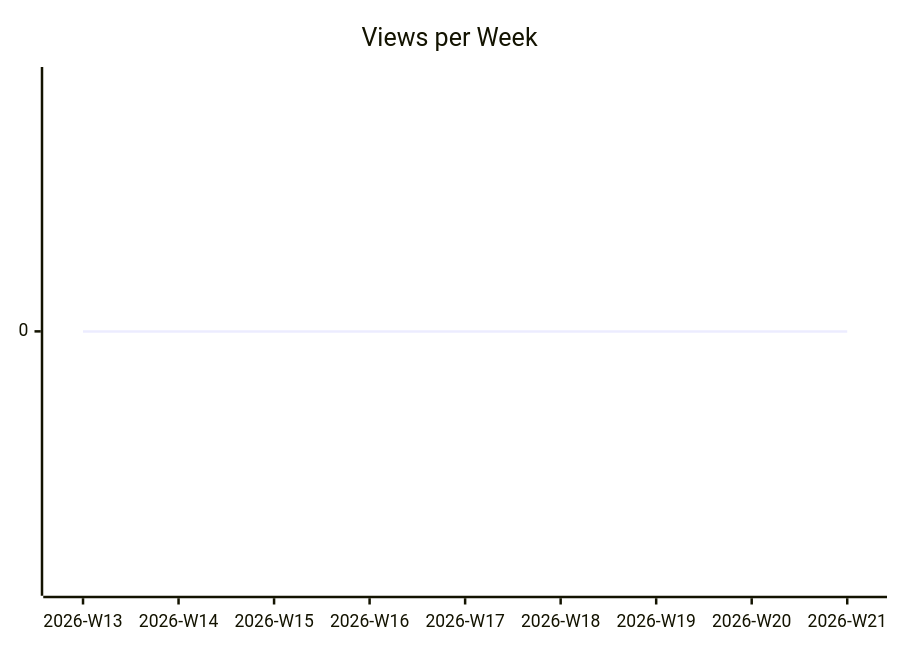
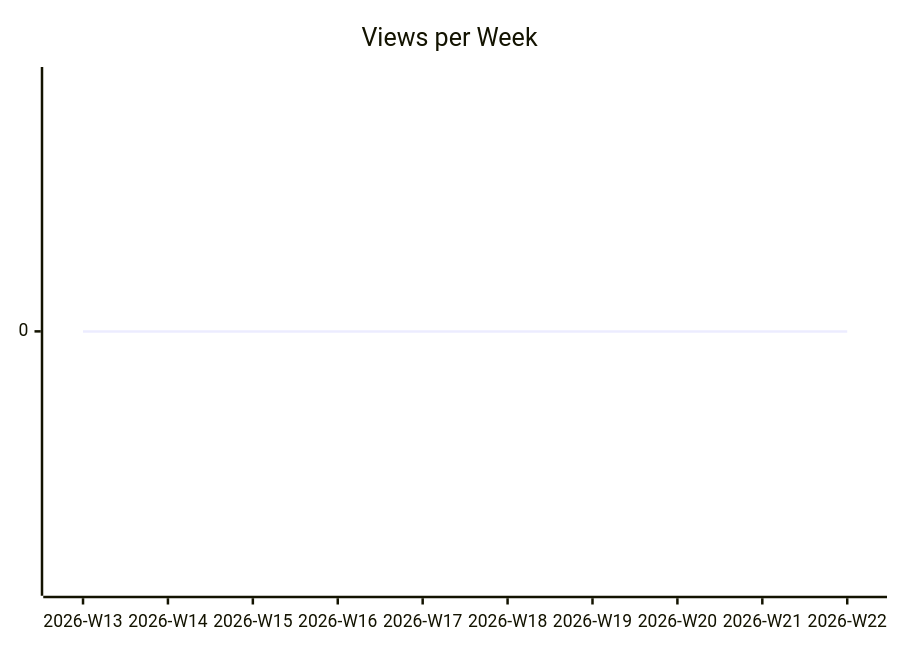
Before and after one commit to justdavis-family/github-analytics-data: the second of 3 diagrams in karlmdavis/lego-ev3dev-rs/README.md, drawn with Mermaid. The commit also changed other lines of this file and 190 other files, not shown here.

````diff
--- a/karlmdavis/lego-ev3dev-rs/README.md
+++ b/karlmdavis/lego-ev3dev-rs/README.md
@@ -12,6 +12,6 @@
 ```mermaid
 xychart-beta
   title "Views per Week"
-  x-axis ["2026-W13", "2026-W14", "2026-W15", "2026-W16", "2026-W17", "2026-W18", "2026-W19", "2026-W20", "2026-W21"]
-  line [0, 0, 0, 0, 0, 0, 0, 0, 0]
+  x-axis ["2026-W13", "2026-W14", "2026-W15", "2026-W16", "2026-W17", "2026-W18", "2026-W19", "2026-W20", "2026-W21", "2026-W22"]
+  line [0, 0, 0, 0, 0, 0, 0, 0, 0, 0]
 ```
````
